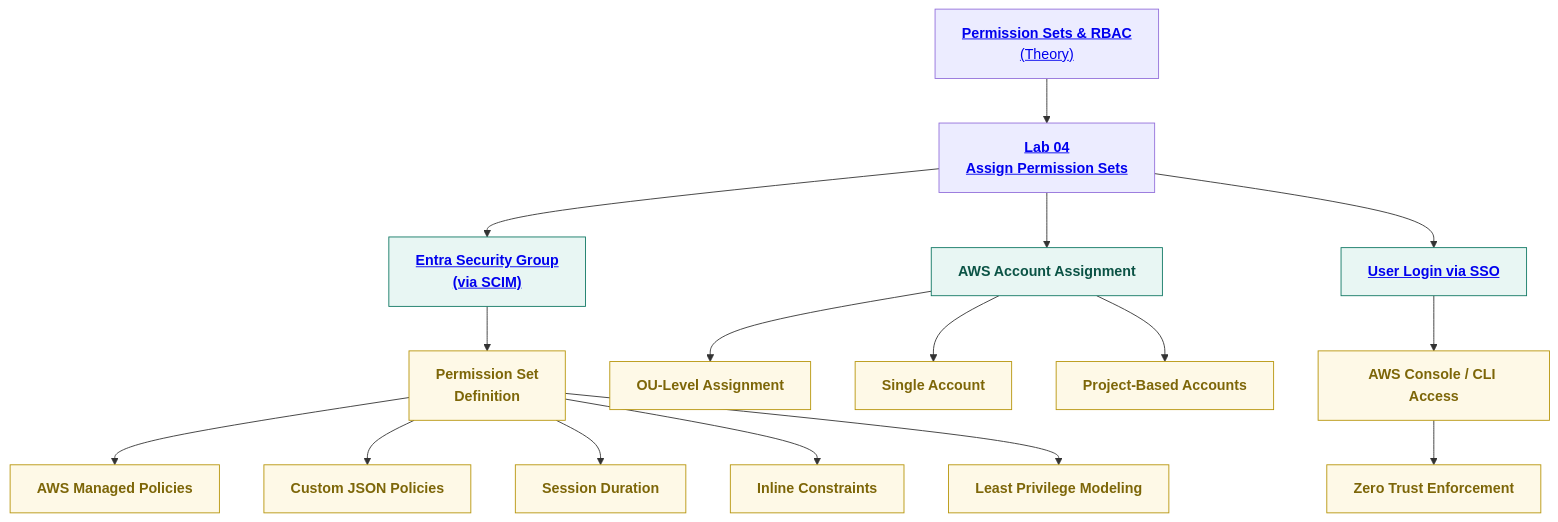
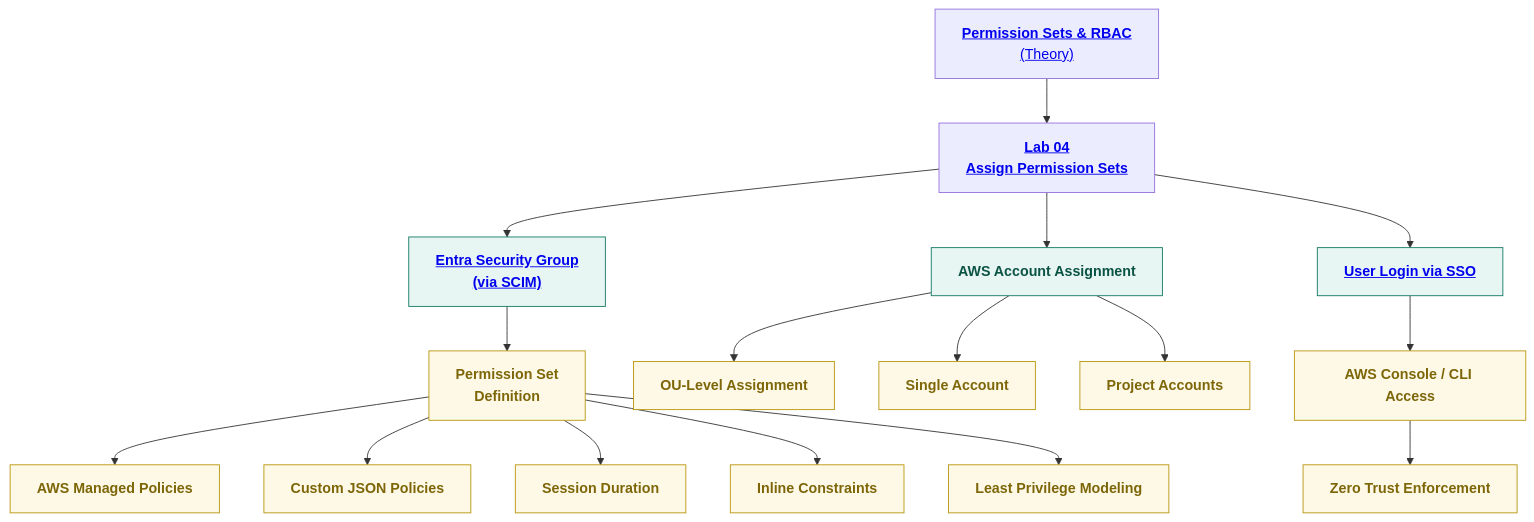
One commit to S3curethecloud/multi-cloud-Identity-aws-entra changed the diagram in labs/04-permission-sets.md. Above: the diagram before and after it, drawn with Mermaid. The commit also changed other lines of this file, not shown here.

````diff
--- a/labs/04-permission-sets.md
+++ b/labs/04-permission-sets.md
@@ -37,31 +45,27 @@
 ```mermaid
 flowchart TD
 
-%% ROOT
-A["<a href='../theory/06-permission-sets-rbac.md'><b>Permission Sets & RBAC</b><br/>(Theory)</a>"] --> B["<a href='../labs/04-permission-sets.md'><b>Lab 04<br/>Assign Permission Sets</b></a>"]
+A["<a href='../theory/06-permission-sets-rbac.md'><b>Permission Sets & RBAC</b><br/>(Theory)</a>"]
+  --> B["<a href='../labs/04-permission-sets.md'><b>Lab 04<br/>Assign Permission Sets</b></a>"]
 
-%% GROUP → PERMISSION SET
 B --> C1["<a href='../labs/03-scim-provisioning.md'><b>Entra Security Group<br/>(via SCIM)</b></a>"]:::step
 C1 --> C2["<b>Permission Set<br/>Definition</b>"]:::item
 
-%% PERMISSION SET DETAILS
 C2 --> P1["<b>AWS Managed Policies</b>"]:::item
 C2 --> P2["<b>Custom JSON Policies</b>"]:::item
 C2 --> P3["<b>Session Duration</b>"]:::item
 C2 --> P4["<b>Inline Constraints</b>"]:::item
 C2 --> P5["<b>Least Privilege Modeling</b>"]:::item
 
-%% ACCOUNT ASSIGNMENT
 B --> D1["<b>AWS Account Assignment</b>"]:::step
 D1 --> D2["<b>OU-Level Assignment</b>"]:::item
 D1 --> D3["<b>Single Account</b>"]:::item
-D1 --> D4["<b>Project-Based Accounts</b>"]:::item
+D1 --> D4["<b>Project Accounts</b>"]:::item
 
-%% LOGIN
 B --> E1["<a href='../labs/01-aws-identity-center.md'><b>User Login via SSO</b></a>"]:::step
 E1 --> E2["<b>AWS Console / CLI Access</b>"]:::item
 E2 --> E3["<b>Zero Trust Enforcement</b>"]:::item
 
 classDef step fill:#E8F6F3,stroke:#117864,color:#0B5345,font-weight:bold;
 classDef item fill:#FEF9E7,stroke:#B7950B,color:#7D6608;
 ```
````
